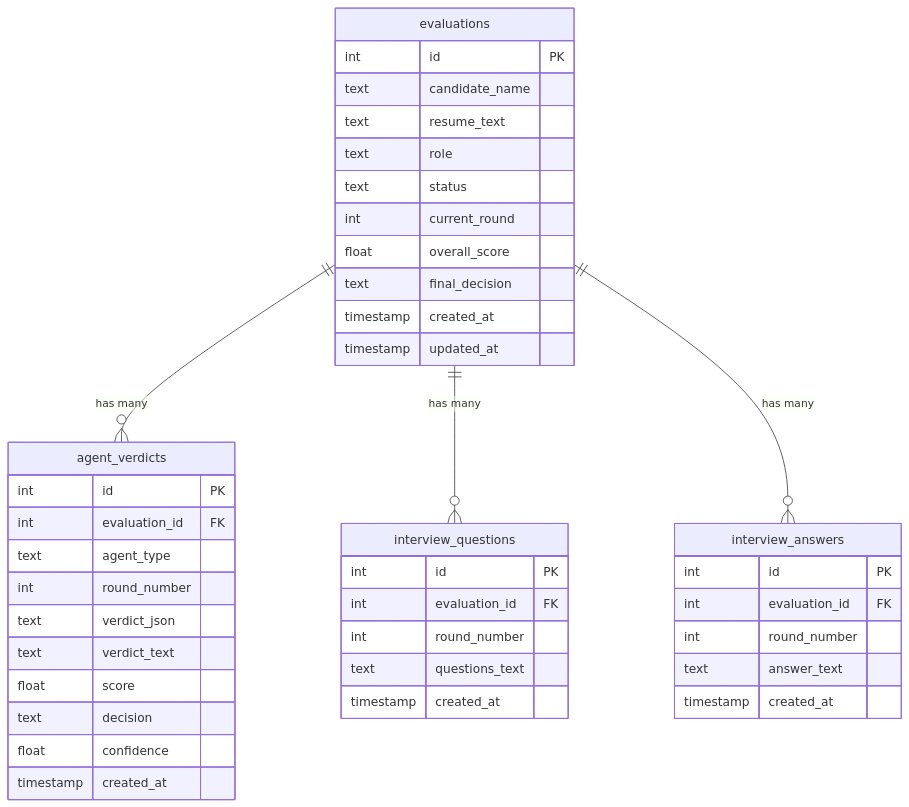
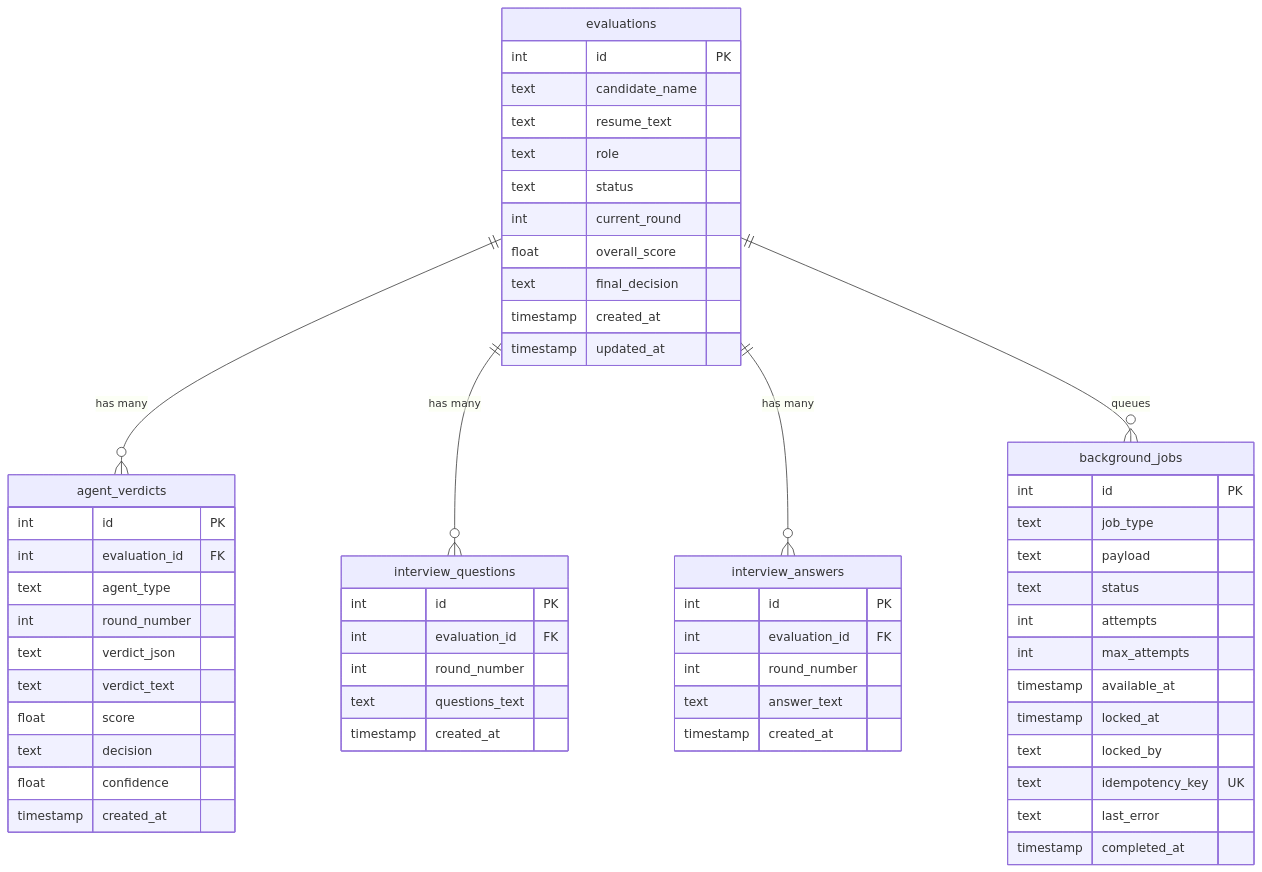
The diagram in docs/DATA_MODEL.md (shwejan005/interviewagent), drawn with Mermaid before and after one commit. The commit also changed other lines of this file and 10 other files, not shown here.

````diff
--- a/docs/DATA_MODEL.md
+++ b/docs/DATA_MODEL.md
@@ -15,45 +15,60 @@
 ```mermaid
 erDiagram
     evaluations ||--o{ agent_verdicts : "has many"
     evaluations ||--o{ interview_questions : "has many"
     evaluations ||--o{ interview_answers : "has many"
+    evaluations ||--o{ background_jobs : "queues"
 
     evaluations {
         int id PK
         text candidate_name
         text resume_text
         text role
         text status
         int current_round
         float overall_score
         text final_decision
         timestamp created_at
         timestamp updated_at
     }
     agent_verdicts {
         int id PK
         int evaluation_id FK
         text agent_type
         int round_number
         text verdict_json
         text verdict_text
         float score
         text decision
         float confidence
         timestamp created_at
     }
     interview_questions {
         int id PK
         int evaluation_id FK
         int round_number
         text questions_text
         timestamp created_at
     }
     interview_answers {
         int id PK
         int evaluation_id FK
         int round_number
         text answer_text
         timestamp created_at
     }
+    background_jobs {
+        int id PK
+        text job_type
+        text payload
+        text status
+        int attempts
+        int max_attempts
+        timestamp available_at
+        timestamp locked_at
+        text locked_by
+        text idempotency_key UK
+        text last_error
+        timestamp completed_at
+    }
 ```
````
